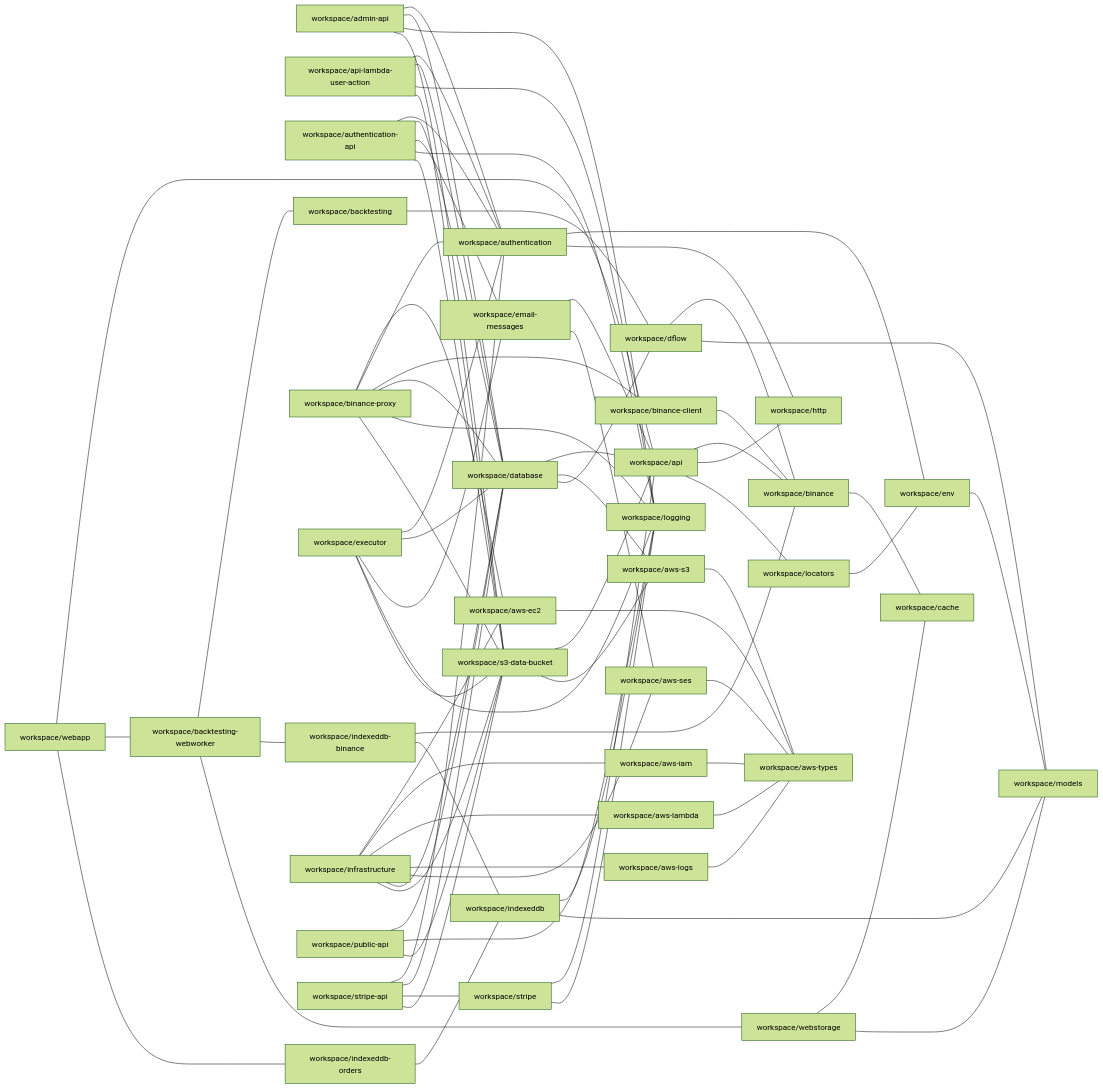
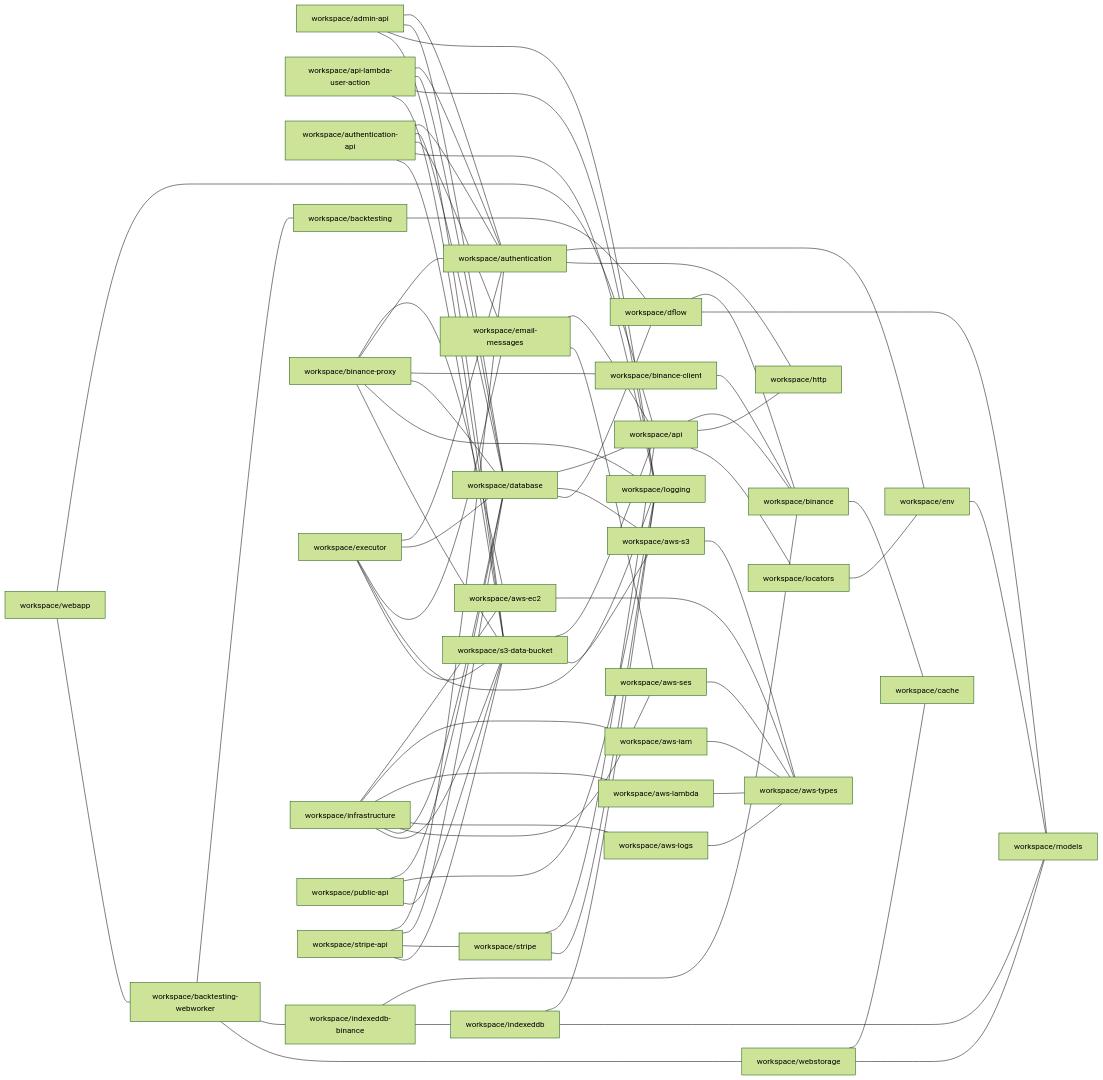
One commit to ggbot-org/ggbot changed the diagram in repository/docs/npm-dependencies.md. Above: the diagram before and after it, drawn with Mermaid (forest theme). The commit also changed 13 other files, not shown here.

Commit message:
remove indexeddb-orders workspace

````diff
--- a/repository/docs/npm-dependencies.md
+++ b/repository/docs/npm-dependencies.md
@@ -6,81 +6,79 @@
 ```mermaid
 graph LR
     workspace/admin-api --- workspace/authentication
     workspace/admin-api --- workspace/database
     workspace/admin-api --- workspace/logging
     workspace/admin-api --- workspace/s3-data-bucket
     workspace/api --- workspace/binance
     workspace/api --- workspace/http
     workspace/api --- workspace/locators
     workspace/api-lambda-user-action --- workspace/authentication
     workspace/api-lambda-user-action --- workspace/database
     workspace/api-lambda-user-action --- workspace/logging
     workspace/api-lambda-user-action --- workspace/s3-data-bucket
     workspace/authentication --- workspace/env
     workspace/authentication --- workspace/http
     workspace/authentication-api --- workspace/authentication
     workspace/authentication-api --- workspace/database
     workspace/authentication-api --- workspace/email-messages
     workspace/authentication-api --- workspace/logging
     workspace/authentication-api --- workspace/s3-data-bucket
     workspace/aws-ec2 --- workspace/aws-types
     workspace/aws-iam --- workspace/aws-types
     workspace/aws-lambda --- workspace/aws-types
     workspace/aws-logs --- workspace/aws-types
     workspace/aws-s3 --- workspace/aws-types
     workspace/aws-ses --- workspace/aws-types
     workspace/backtesting --- workspace/dflow
     workspace/backtesting-webworker --- workspace/backtesting
     workspace/backtesting-webworker --- workspace/indexeddb-binance
     workspace/backtesting-webworker --- workspace/webstorage
     workspace/binance --- workspace/cache
     workspace/binance-client --- workspace/binance
     workspace/binance-proxy --- workspace/aws-ec2
     workspace/binance-proxy --- workspace/authentication
     workspace/binance-proxy --- workspace/binance-client
     workspace/binance-proxy --- workspace/database
     workspace/binance-proxy --- workspace/logging
     workspace/binance-proxy --- workspace/s3-data-bucket
     workspace/database --- workspace/api
     workspace/database --- workspace/aws-s3
     workspace/database --- workspace/dflow
     workspace/dflow --- workspace/binance
     workspace/dflow --- workspace/models
     workspace/email-messages --- workspace/api
     workspace/email-messages --- workspace/aws-ses
     workspace/env --- workspace/models
     workspace/executor --- workspace/authentication
     workspace/executor --- workspace/database
     workspace/executor --- workspace/email-messages
     workspace/executor --- workspace/logging
     workspace/executor --- workspace/s3-data-bucket
     workspace/indexeddb --- workspace/logging
     workspace/indexeddb --- workspace/models
     workspace/indexeddb-binance --- workspace/binance
     workspace/indexeddb-binance --- workspace/indexeddb
-    workspace/indexeddb-orders --- workspace/indexeddb
     workspace/infrastructure --- workspace/aws-ec2
     workspace/infrastructure --- workspace/aws-iam
     workspace/infrastructure --- workspace/aws-lambda
     workspace/infrastructure --- workspace/aws-logs
     workspace/infrastructure --- workspace/aws-ses
     workspace/infrastructure --- workspace/database
     workspace/infrastructure --- workspace/s3-data-bucket
     workspace/locators --- workspace/env
     workspace/public-api --- workspace/database
     workspace/public-api --- workspace/logging
     workspace/public-api --- workspace/s3-data-bucket
     workspace/s3-data-bucket --- workspace/api
     workspace/s3-data-bucket --- workspace/aws-s3
     workspace/stripe --- workspace/api
     workspace/stripe --- workspace/logging
     workspace/stripe-api --- workspace/authentication
     workspace/stripe-api --- workspace/database
     workspace/stripe-api --- workspace/stripe
     workspace/stripe-api --- workspace/s3-data-bucket
     workspace/webapp --- workspace/api
     workspace/webapp --- workspace/backtesting-webworker
-    workspace/webapp --- workspace/indexeddb-orders
     workspace/webstorage --- workspace/cache
     workspace/webstorage --- workspace/models
 ```
````
